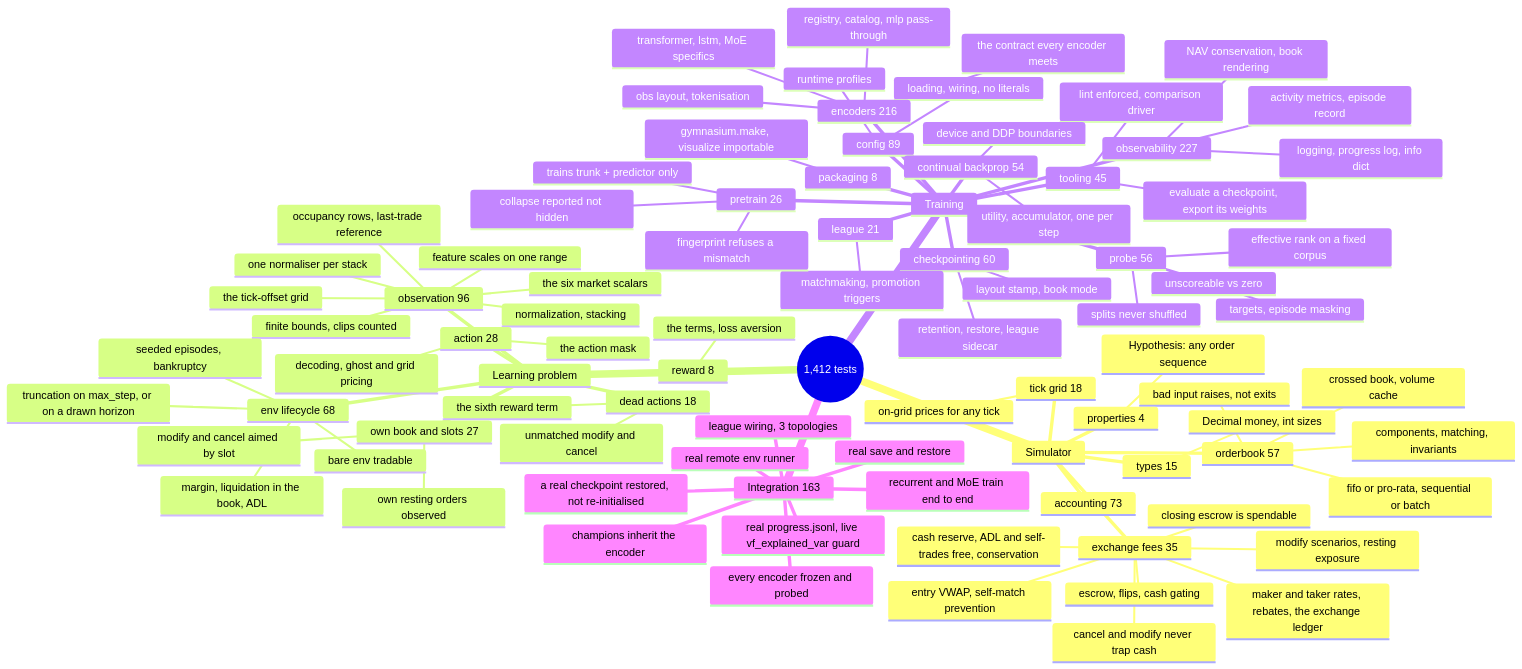
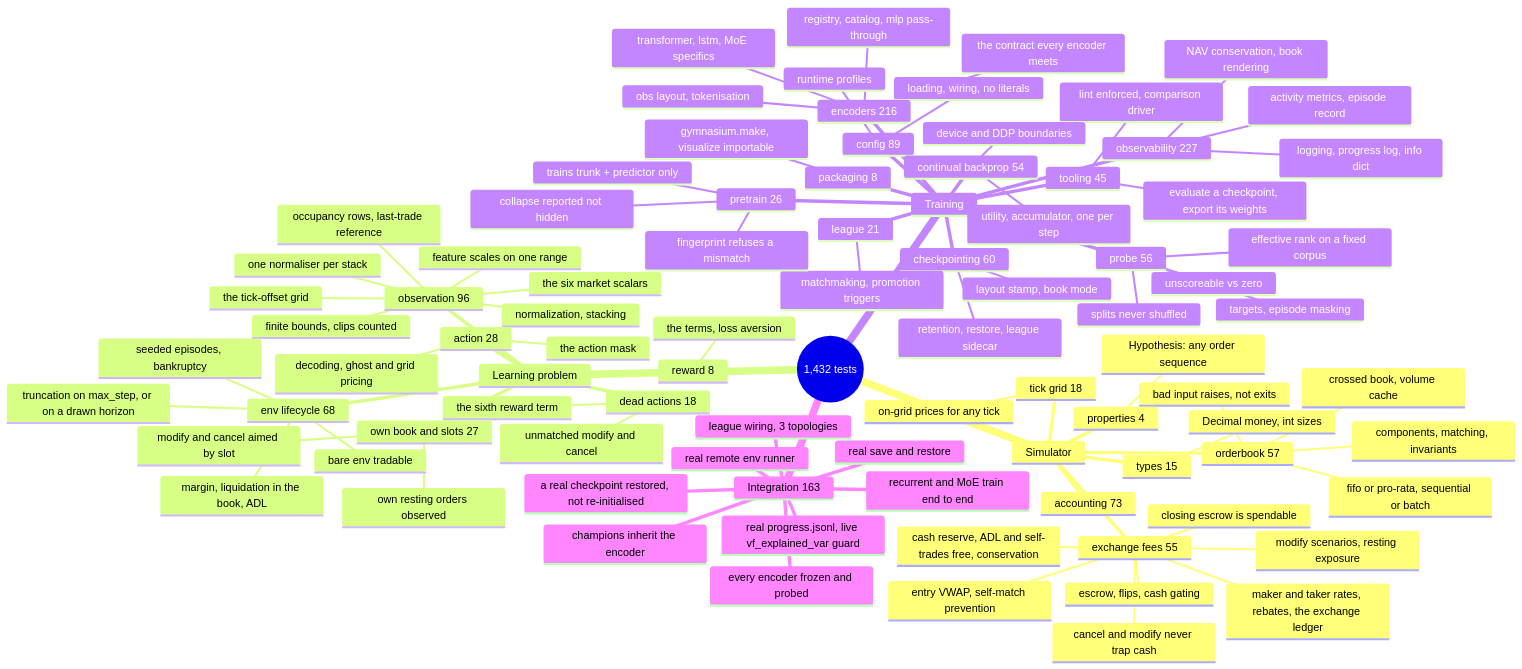
Before and after one commit to ChuaCheowHuan/gym-continuousDoubleAuction: the diagram in doc/10_testing.md, drawn with Mermaid. The commit also changed other lines of this file and 8 other files, not shown here.

````diff
--- a/doc/10_testing.md
+++ b/doc/10_testing.md
@@ -143,6 +143,6 @@
 ```mermaid
 mindmap
-  root((1,412 tests))
+  root((1,432 tests))
     Simulator
       orderbook 57
         components, matching, invariants
@@ -152,7 +152,7 @@
       properties 4
         Hypothesis: any order sequence
       accounting 73
-      exchange fees 35
+      exchange fees 55
         maker and taker rates, rebates, the exchange ledger
         cash reserve, ADL and self-trades free, conservation
         escrow, flips, cash gating
````
